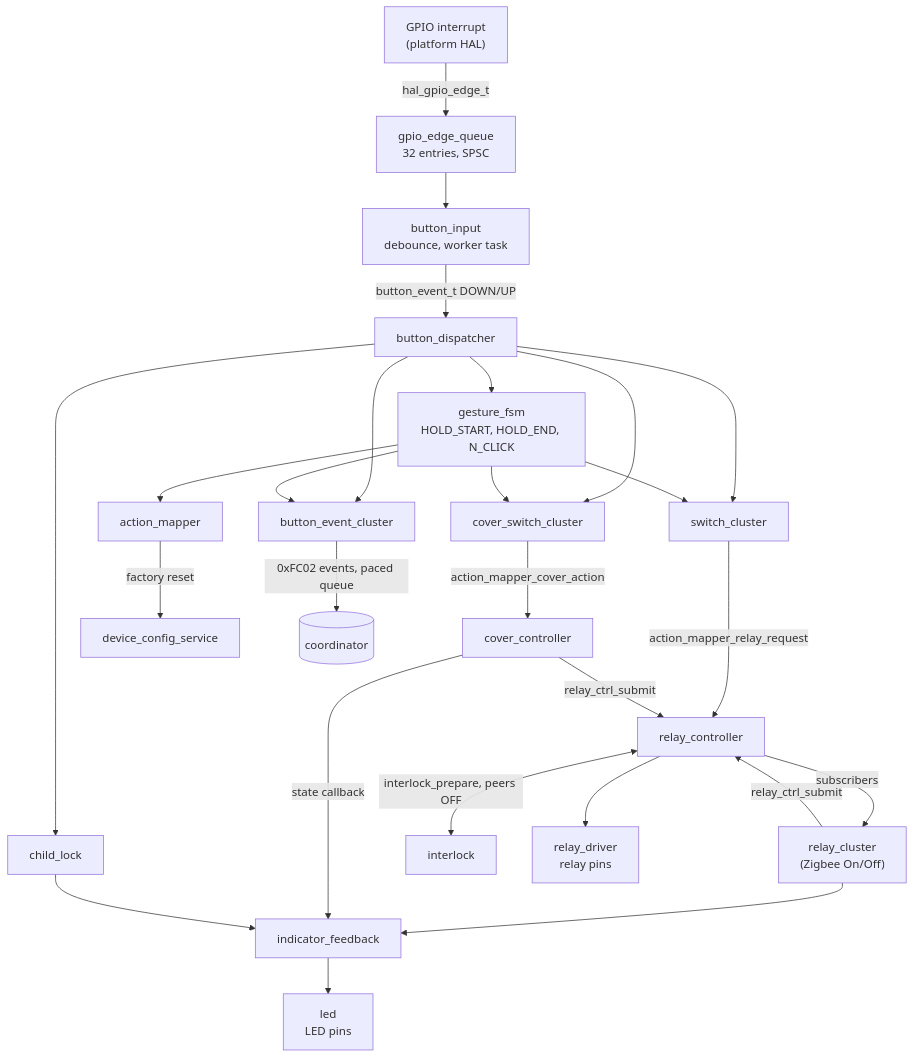
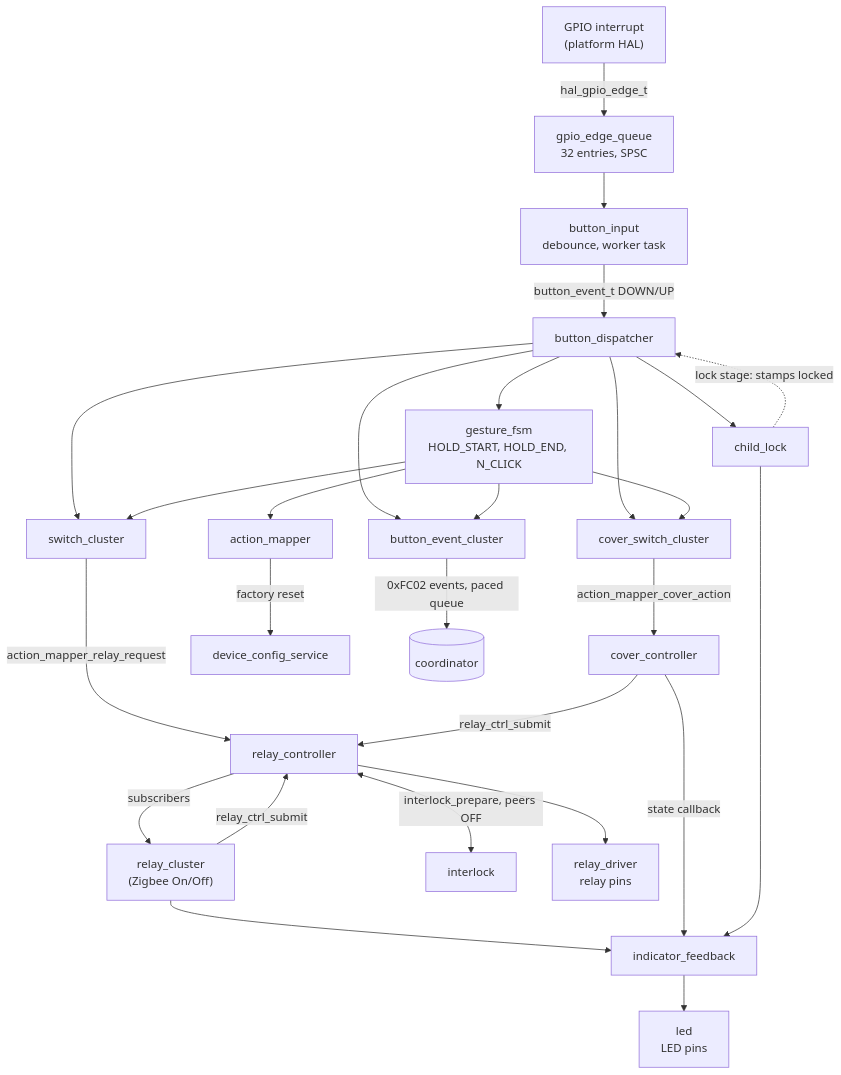
Before and after one commit to desty2k/tuya-zigbee-switch: the diagram in docs/contribute/architecture.md, drawn with Mermaid. The commit also changed other lines of this file, not shown here.

Commit message:
Docs: the child lock is the button dispatcher's lock stage

````diff
--- a/docs/contribute/architecture.md
+++ b/docs/contribute/architecture.md
@@ -49,28 +49,29 @@
 ```mermaid
 flowchart TD
     IRQ["GPIO interrupt<br/>(platform HAL)"] -->|hal_gpio_edge_t| Q[gpio_edge_queue<br/>32 entries, SPSC]
     Q --> BI["button_input<br/>debounce, worker task"]
     BI -->|button_event_t DOWN/UP| BD[button_dispatcher]
+    CL -.->|"lock stage: stamps locked"| BD
     BD --> SW[switch_cluster]
     BD --> CSW[cover_switch_cluster]
     BD --> BEC[button_event_cluster]
     BD --> CL[child_lock]
     BD --> G["gesture_fsm<br/>HOLD_START, HOLD_END, N_CLICK"]
     G --> SW
     G --> CSW
     G --> AM[action_mapper]
     G --> BEC
     SW -->|action_mapper_relay_request| RC[relay_controller]
     CSW -->|action_mapper_cover_action| CC[cover_controller]
     AM -->|factory reset| DCS[device_config_service]
     CC -->|relay_ctrl_submit| RC
     RCL["relay_cluster<br/>(Zigbee On/Off)"] -->|relay_ctrl_submit| RC
     RC <-->|interlock_prepare, peers OFF| IL[interlock]
     RC --> RD["relay_driver<br/>relay pins"]
     RC -->|subscribers| RCL
     RCL --> IF[indicator_feedback]
     CC -->|state callback| IF
     CL --> IF
     IF --> LED["led<br/>LED pins"]
     BEC -->|"0xFC02 events, paced queue"| ZB[(coordinator)]
 ```
````
